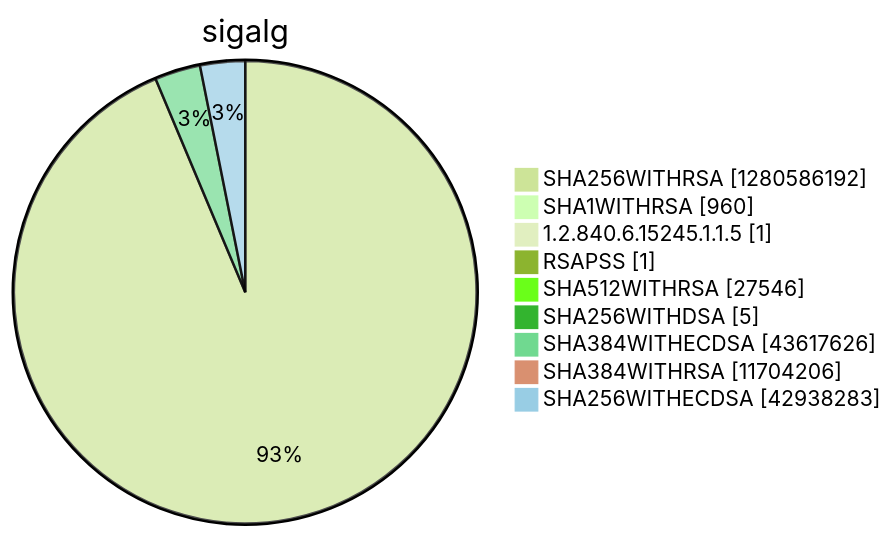
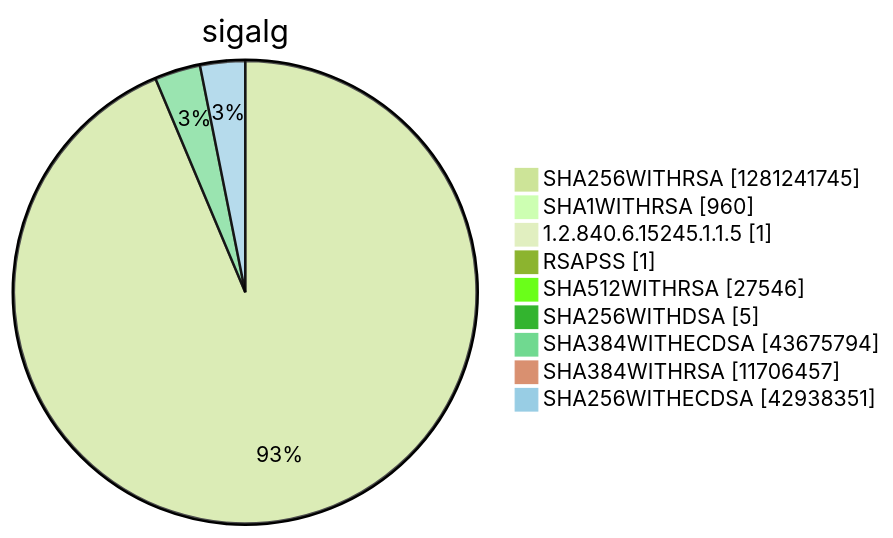
Before and after one commit to christiankrug/ctmonitor_visualization: diagram 15 of 15 in argon2022/README.md, drawn with Mermaid (forest theme). The commit also changed other lines of this file, not shown here.

````diff
--- a/argon2022/README.md
+++ b/argon2022/README.md
@@ -5523,13 +5523,13 @@
 ```mermaid
 pie showData
 title sigalg
-"SHA256WITHRSA" :1280586192
+"SHA256WITHRSA" :1281241745
 "SHA1WITHRSA" :960
 "1.2.840.6.15245.1.1.5" :1
 "RSAPSS" :1
 "SHA512WITHRSA" :27546
 "SHA256WITHDSA" :5
-"SHA384WITHECDSA" :43617626
-"SHA384WITHRSA" :11704206
-"SHA256WITHECDSA" :42938283
+"SHA384WITHECDSA" :43675794
+"SHA384WITHRSA" :11706457
+"SHA256WITHECDSA" :42938351
 ```
````
